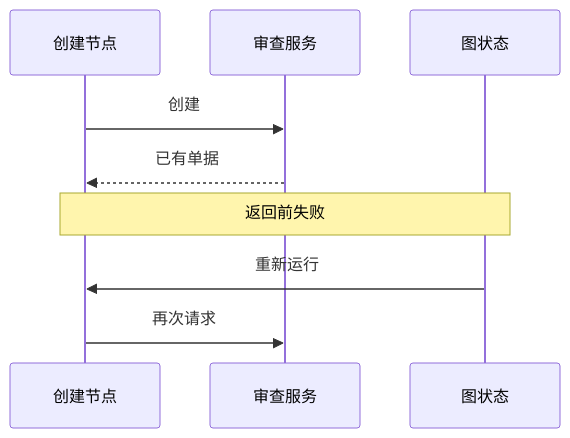
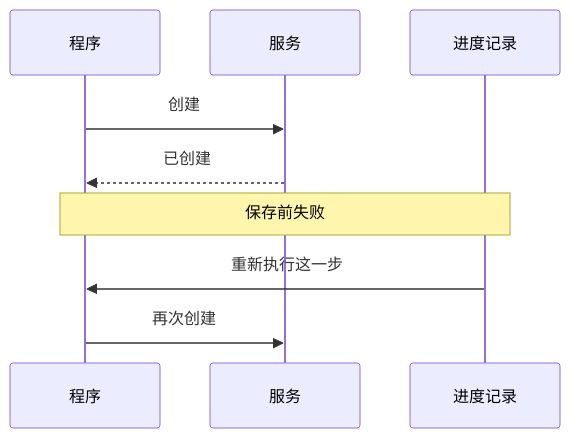
The second of 2 diagrams in book/14-resume-and-side-effects.md (Mar-garet/agent-book), drawn with Mermaid before and after one commit. The commit also changed other lines of this file and 27 other files, not shown here.

````diff
--- a/book/14-resume-and-side-effects.md
+++ b/book/14-resume-and-side-effects.md
@@ -69,12 +67,12 @@
 ```mermaid
-%% 图状态还不知道外部创建已经成功
+%% 服务已经完成，程序还没保存
 sequenceDiagram
-    participant N as 创建节点
-    participant S as 审查服务
-    participant G as 图状态
-    N->>S: 创建
-    S-->>N: 已有单据
-    Note over N,G: 返回前失败
-    G->>N: 重新运行
-    N->>S: 再次请求
+    participant P as 程序
+    participant S as 服务
+    participant C as 进度记录
+    P->>S: 创建
+    S-->>P: 已创建
+    Note over P,C: 保存前失败
+    C->>P: 重新执行这一步
+    P->>S: 再次创建
 ```
````
